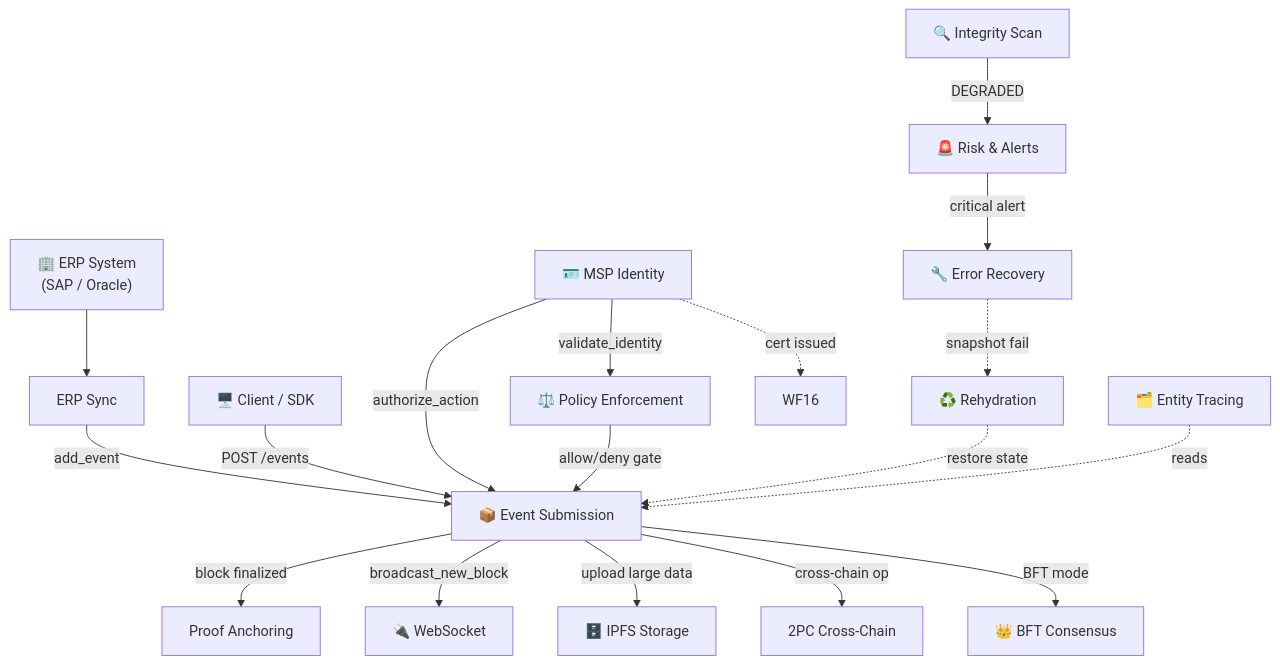
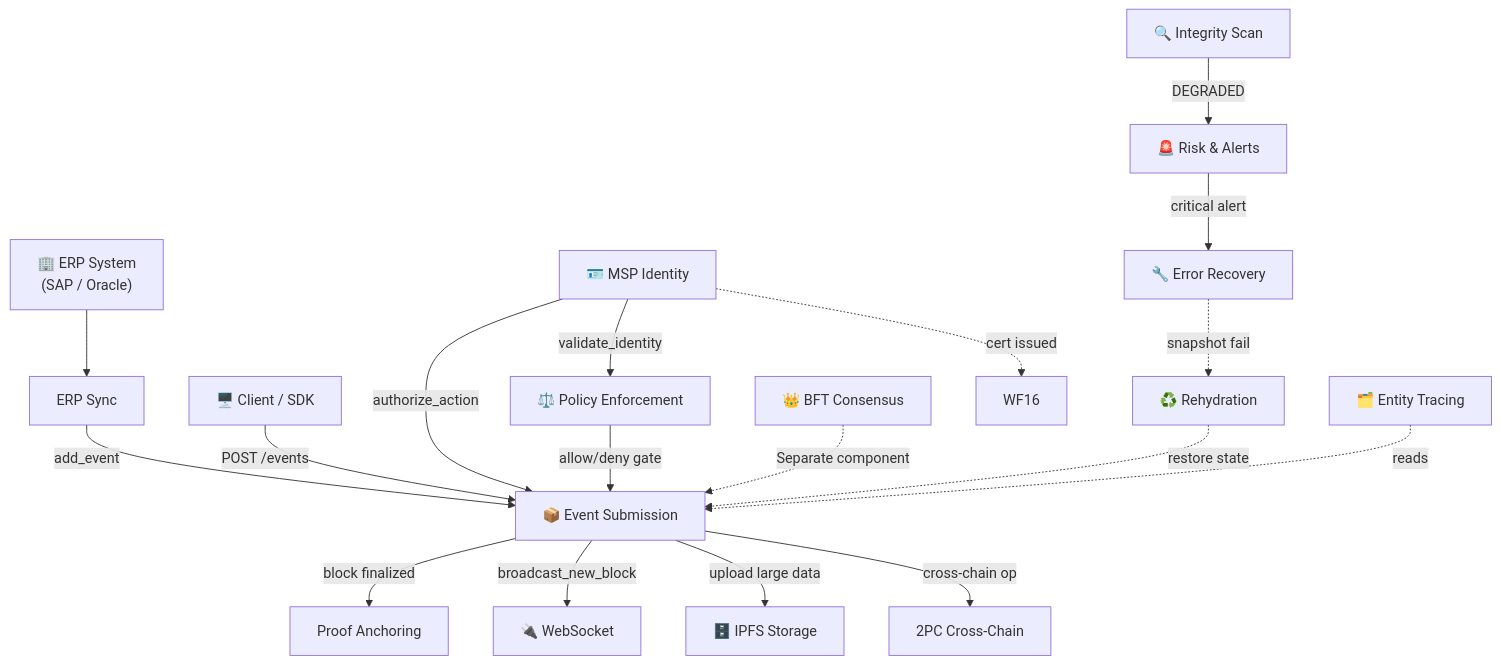
The diagram in docs/vi/workflows/overview.md (VanDung-dev/HieraChain), drawn with Mermaid before and after one commit. The commit also changed other lines of this file and 53 other files, not shown here.

````diff
--- a/docs/vi/workflows/overview.md
+++ b/docs/vi/workflows/overview.md
@@ -125,30 +125,30 @@
 ```mermaid
 flowchart TD
     ERP["🏢 ERP System\n(SAP / Oracle)"]
     CLIENT["🖥️ Client / SDK"]
 
     WF14["ERP Sync"] -->|add_event| WF1
     CLIENT -->|POST /events| WF1
 
     WF15["🪪 MSP Identity"] -->|authorize_action| WF1
     WF15 -->|validate_identity| WF10["⚖️ Policy Enforcement"]
     WF10 -->|allow/deny gate| WF1
 
     WF1["📦 Event Submission"] -->|block finalized| WF2["Proof Anchoring"]
     WF1 -->|broadcast_new_block| WF11["🔌 WebSocket"]
     WF1 -->|upload large data| WF12["🗄️ IPFS Storage"]
 
     WF1 -->|cross-chain op| WF3["2PC Cross-Chain"]
-    WF1 -->|BFT mode| WF4["👑 BFT Consensus"]
+    WF4["👑 BFT Consensus"] -. Separate component .-> WF1
 
     WF9["🔍 Integrity Scan"] -->|DEGRADED| WF13["🚨 Risk & Alerts"]
     WF13 -->|critical alert| WF6["🔧 Error Recovery"]
     WF6 -.->|snapshot fail| WF8["♻️ Rehydration"]
     WF8 -.->|restore state| WF1
 
     WF15 -.->|cert issued| WF16
 
     WF7["🗂️ Entity Tracing"] -.->|reads| WF1
 
     ERP --> WF14
 ```
````
